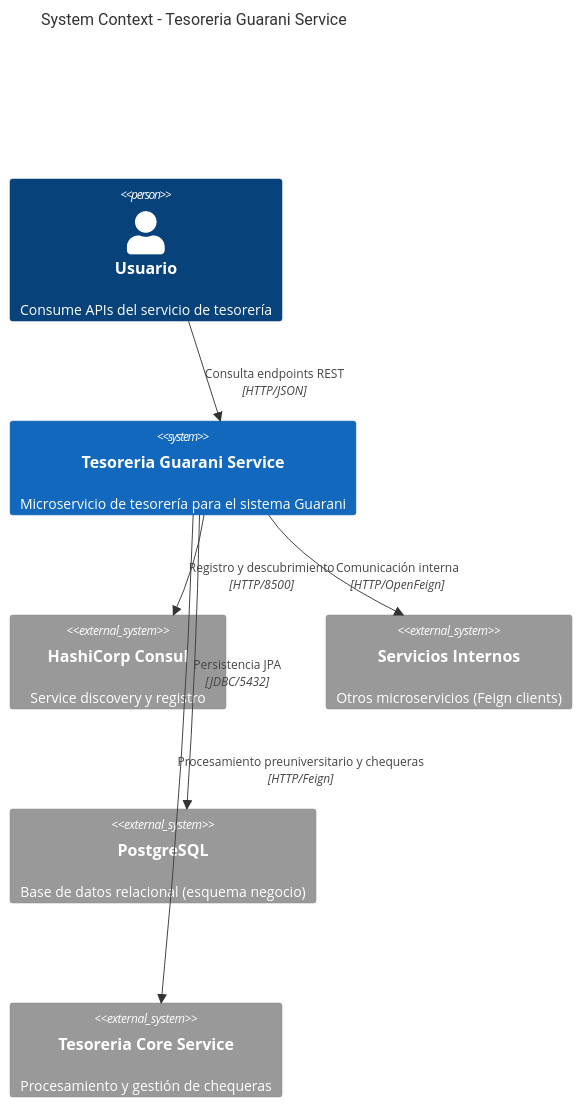
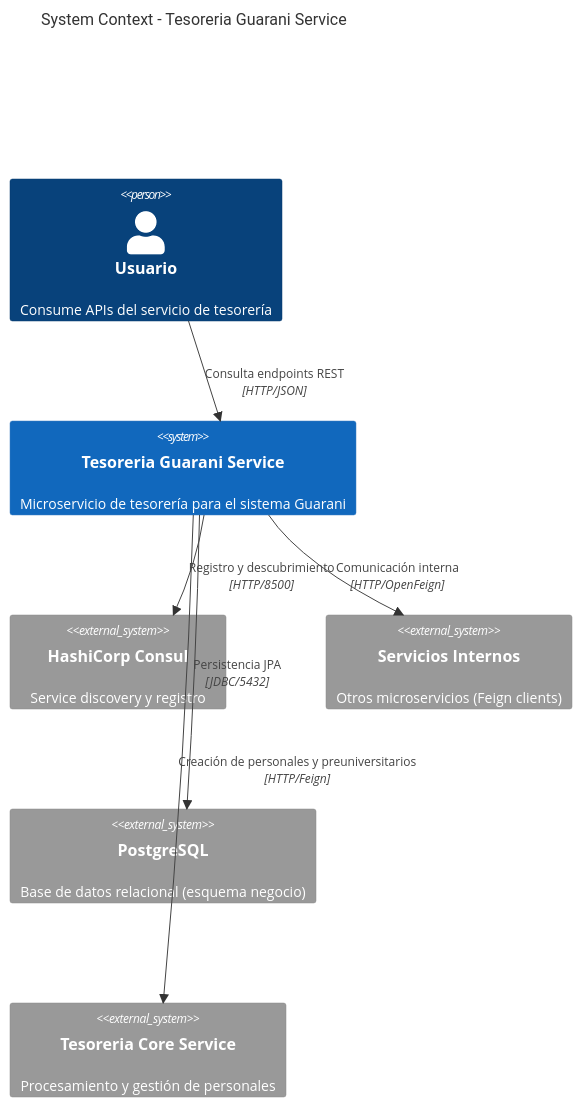
The first of 9 diagrams in README.md (UM-services/UM.tesoreria.guarani-service), drawn with Mermaid before and after one commit. The commit also changed other lines of this file and 22 other files, not shown here.

````diff
--- a/README.md
+++ b/README.md
@@ -14,19 +14,19 @@
 ```mermaid
 C4Context
     title System Context - Tesoreria Guarani Service
 
     Person(user, "Usuario", "Consume APIs del servicio de tesorería")
 
     System(guarani, "Tesoreria Guarani Service", "Microservicio de tesorería para el sistema Guarani")
 
     System_Ext(consul, "HashiCorp Consul", "Service discovery y registro")
     System_Ext(feign_clients, "Servicios Internos", "Otros microservicios (Feign clients)")
     System_Ext(postgresql, "PostgreSQL", "Base de datos relacional (esquema negocio)")
-    System_Ext(core, "Tesoreria Core Service", "Procesamiento y gestión de chequeras")
+    System_Ext(core, "Tesoreria Core Service", "Procesamiento y gestión de personales")
 
     Rel(user, guarani, "Consulta endpoints REST", "HTTP/JSON")
     Rel(guarani, consul, "Registro y descubrimiento", "HTTP/8500")
     Rel(guarani, feign_clients, "Comunicación interna", "HTTP/OpenFeign")
     Rel(guarani, postgresql, "Persistencia JPA", "JDBC/5432")
-    Rel(guarani, core, "Procesamiento preuniversitario y chequeras", "HTTP/Feign")
+    Rel(guarani, core, "Creación de personales y preuniversitarios", "HTTP/Feign")
 ```
````
